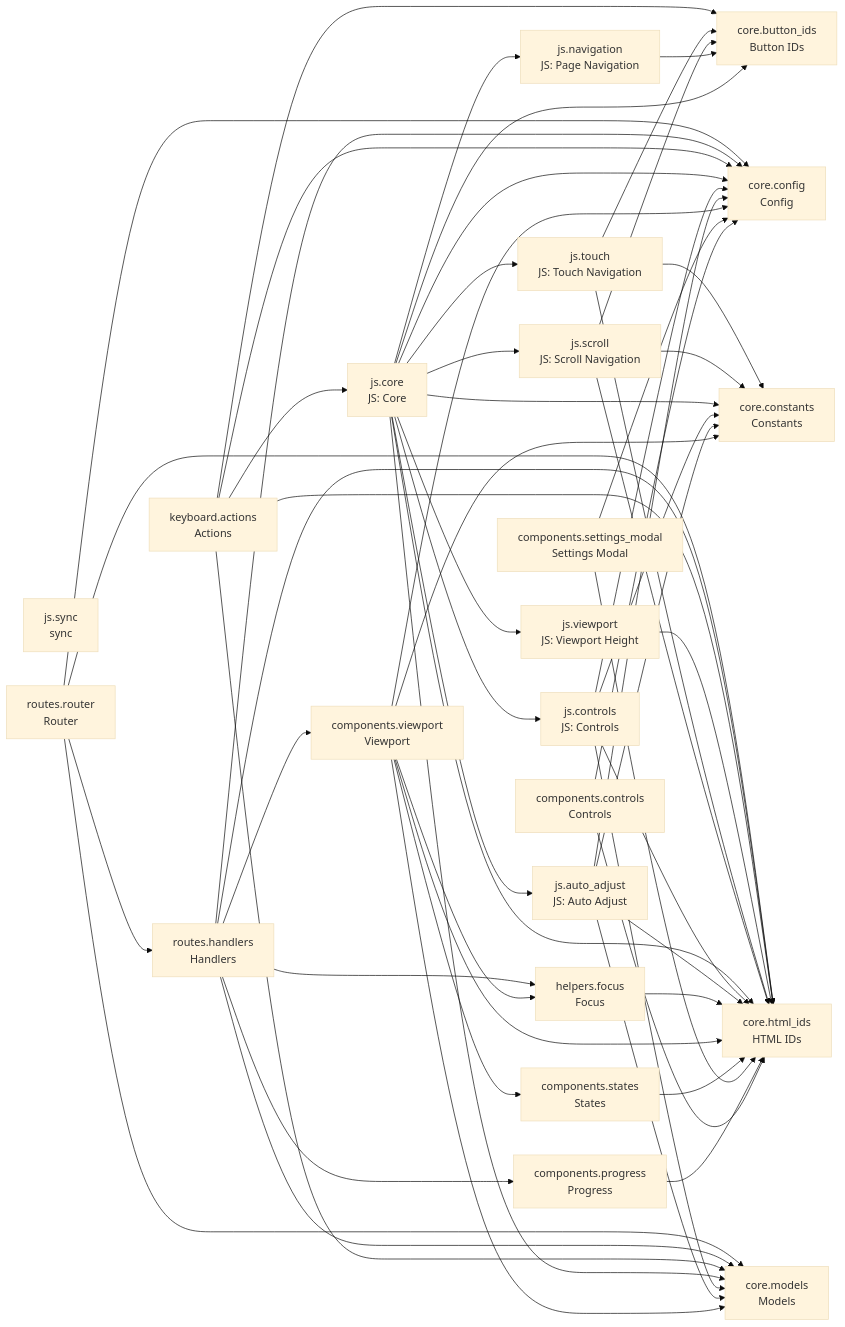
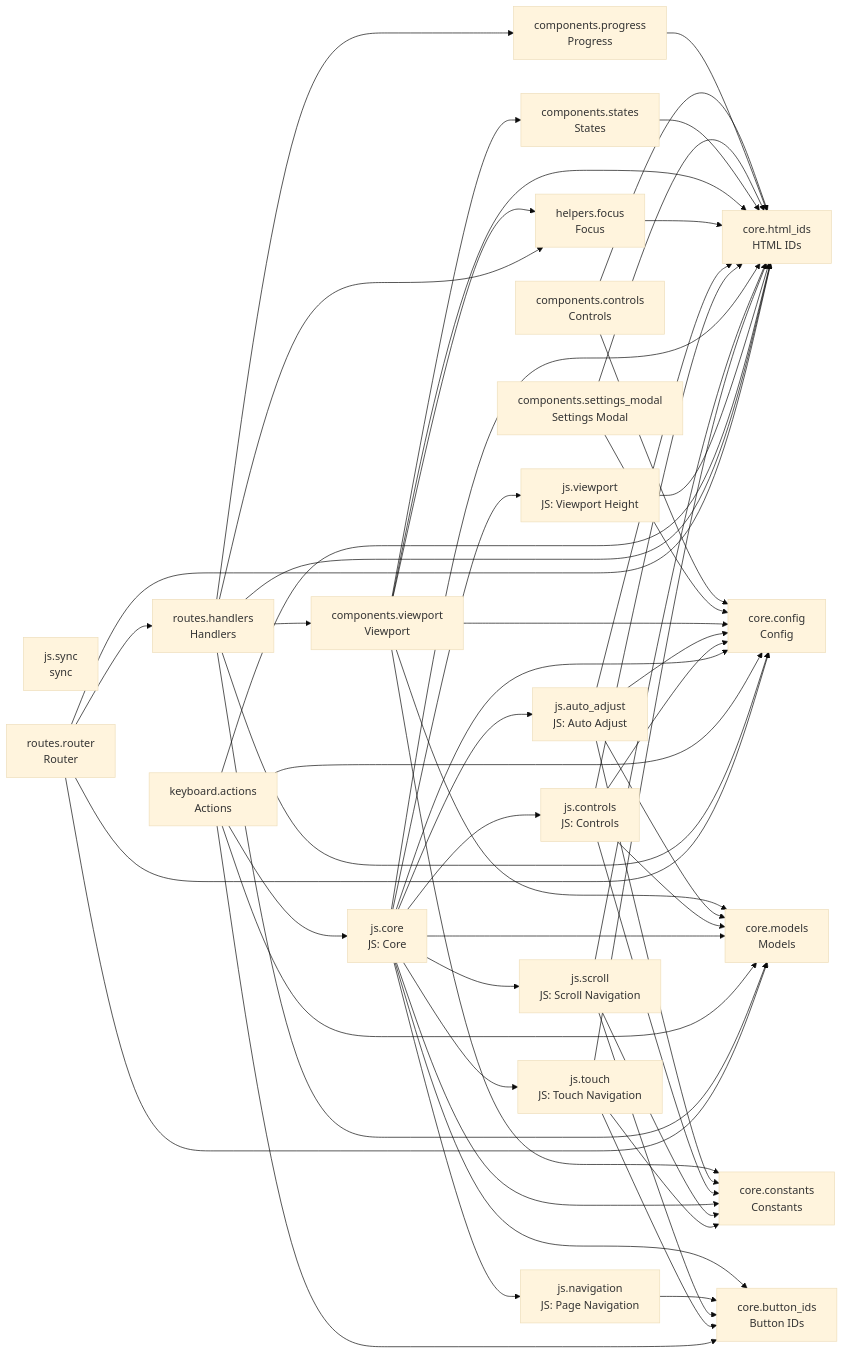
Before and after one commit to cj-mills/cjm-fasthtml-card-stack: the diagram in README.md, drawn with Mermaid (base theme). The commit also changed other lines of this file and 11 other files, not shown here.

````diff
--- a/README.md
+++ b/README.md
@@ -48,81 +48,81 @@
 ``` mermaid
 graph LR
     components_controls[components.controls<br/>Controls]
     components_progress[components.progress<br/>Progress]
     components_settings_modal[components.settings_modal<br/>Settings Modal]
     components_states[components.states<br/>States]
     components_viewport[components.viewport<br/>Viewport]
     core_button_ids[core.button_ids<br/>Button IDs]
     core_config[core.config<br/>Config]
     core_constants[core.constants<br/>Constants]
     core_html_ids[core.html_ids<br/>HTML IDs]
     core_models[core.models<br/>Models]
     helpers_focus[helpers.focus<br/>Focus]
     js_auto_adjust[js.auto_adjust<br/>JS: Auto Adjust]
     js_controls[js.controls<br/>JS: Controls]
     js_core[js.core<br/>JS: Core]
     js_navigation[js.navigation<br/>JS: Page Navigation]
     js_scroll[js.scroll<br/>JS: Scroll Navigation]
     js_sync[js.sync<br/>sync]
     js_touch[js.touch<br/>JS: Touch Navigation]
     js_viewport[js.viewport<br/>JS: Viewport Height]
     keyboard_actions[keyboard.actions<br/>Actions]
     routes_handlers[routes.handlers<br/>Handlers]
     routes_router[routes.router<br/>Router]
 
+    components_controls --> core_html_ids
     components_controls --> core_config
-    components_controls --> core_html_ids
     components_progress --> core_html_ids
+    components_settings_modal --> core_html_ids
     components_settings_modal --> core_config
-    components_settings_modal --> core_html_ids
     components_states --> core_html_ids
+    components_viewport --> core_html_ids
+    components_viewport --> helpers_focus
     components_viewport --> core_config
-    components_viewport --> core_html_ids
     components_viewport --> core_models
-    components_viewport --> helpers_focus
     components_viewport --> components_states
     components_viewport --> core_constants
     helpers_focus --> core_html_ids
+    js_auto_adjust --> core_models
+    js_auto_adjust --> core_html_ids
+    js_auto_adjust --> core_config
     js_auto_adjust --> core_constants
-    js_auto_adjust --> core_config
-    js_auto_adjust --> core_html_ids
-    js_auto_adjust --> core_models
+    js_controls --> core_models
     js_controls --> core_constants
+    js_controls --> core_html_ids
     js_controls --> core_config
-    js_controls --> core_html_ids
-    js_controls --> core_models
     js_core --> core_constants
+    js_core --> js_auto_adjust
+    js_core --> core_html_ids
+    js_core --> js_navigation
     js_core --> js_controls
+    js_core --> js_scroll
+    js_core --> core_config
+    js_core --> js_touch
+    js_core --> core_models
     js_core --> js_viewport
     js_core --> core_button_ids
-    js_core --> core_config
-    js_core --> core_html_ids
-    js_core --> js_scroll
-    js_core --> core_models
-    js_core --> js_touch
-    js_core --> js_auto_adjust
-    js_core --> js_navigation
     js_navigation --> core_button_ids
     js_scroll --> core_constants
+    js_scroll --> core_html_ids
     js_scroll --> core_button_ids
-    js_scroll --> core_html_ids
-    js_touch --> core_button_ids
     js_touch --> core_constants
     js_touch --> core_html_ids
+    js_touch --> core_button_ids
     js_viewport --> core_html_ids
+    keyboard_actions --> core_html_ids
+    keyboard_actions --> core_config
+    keyboard_actions --> js_core
+    keyboard_actions --> core_models
     keyboard_actions --> core_button_ids
-    keyboard_actions --> core_config
-    keyboard_actions --> core_html_ids
-    keyboard_actions --> core_models
-    keyboard_actions --> js_core
+    routes_handlers --> core_html_ids
+    routes_handlers --> components_viewport
+    routes_handlers --> core_config
+    routes_handlers --> core_models
     routes_handlers --> components_progress
-    routes_handlers --> components_viewport
     routes_handlers --> helpers_focus
-    routes_handlers --> core_config
-    routes_handlers --> core_html_ids
-    routes_handlers --> core_models
+    routes_router --> core_html_ids
     routes_router --> routes_handlers
     routes_router --> core_config
-    routes_router --> core_html_ids
     routes_router --> core_models
 ```
````
